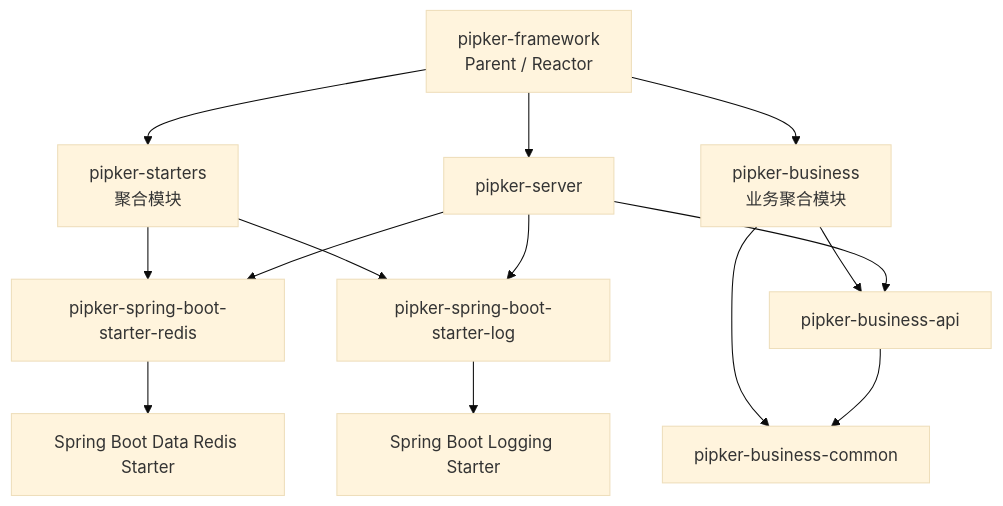
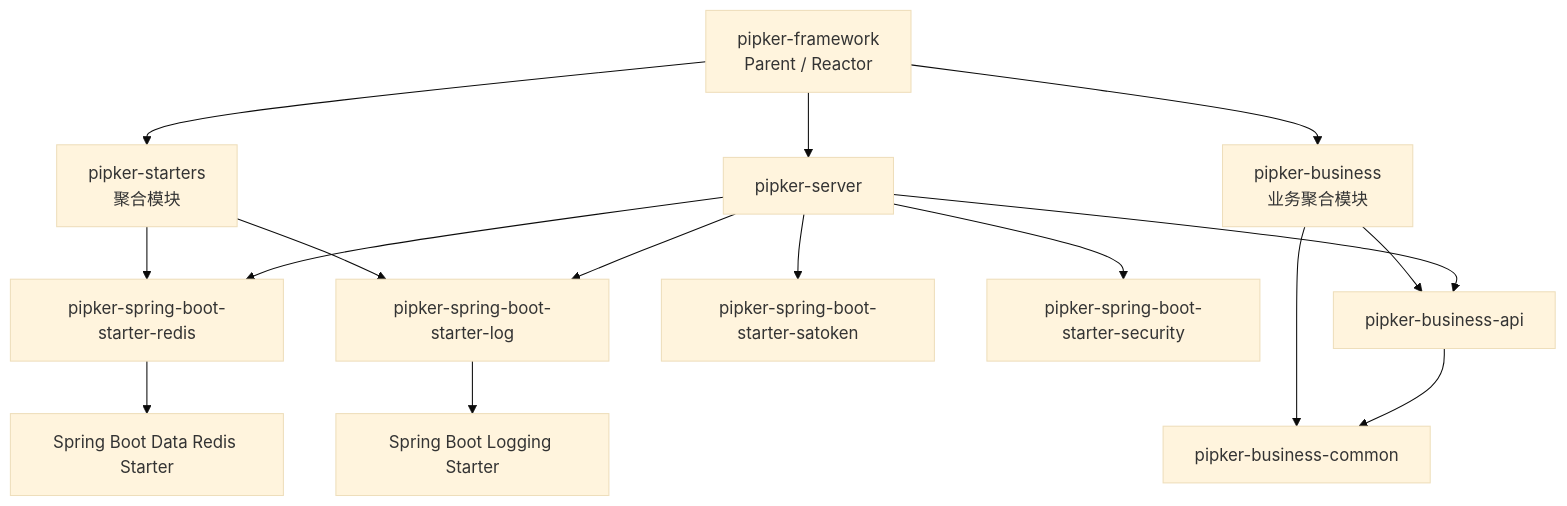
One commit to holic512/PipkerFramework changed the diagram in backend/README.md. Above: the diagram before and after it, drawn with Mermaid (base theme). The commit also changed other lines of this file and 29 other files, not shown here.

````diff
--- a/backend/README.md
+++ b/backend/README.md
@@ -35,27 +39,31 @@
 ```mermaid
 flowchart TD
     Framework["pipker-framework<br/>Parent / Reactor"]
     Starters["pipker-starters<br/>聚合模块"]
     Redis["pipker-spring-boot-starter-redis"]
     Log["pipker-spring-boot-starter-log"]
+    SaToken["pipker-spring-boot-starter-satoken"]
+    Security["pipker-spring-boot-starter-security"]
     Business["pipker-business<br/>业务聚合模块"]
     BusinessCommon["pipker-business-common"]
     BusinessApi["pipker-business-api"]
     Server["pipker-server"]
     SpringRedis["Spring Boot Data Redis Starter"]
     SpringLog["Spring Boot Logging Starter"]
 
     Framework --> Starters
     Framework --> Business
     Framework --> Server
     Starters --> Redis
     Starters --> Log
     Business --> BusinessCommon
     Business --> BusinessApi
     Server --> BusinessApi
     BusinessApi --> BusinessCommon
     Server --> Redis
     Server --> Log
+    Server --> SaToken
+    Server --> Security
     Redis --> SpringRedis
     Log --> SpringLog
 ```
````
